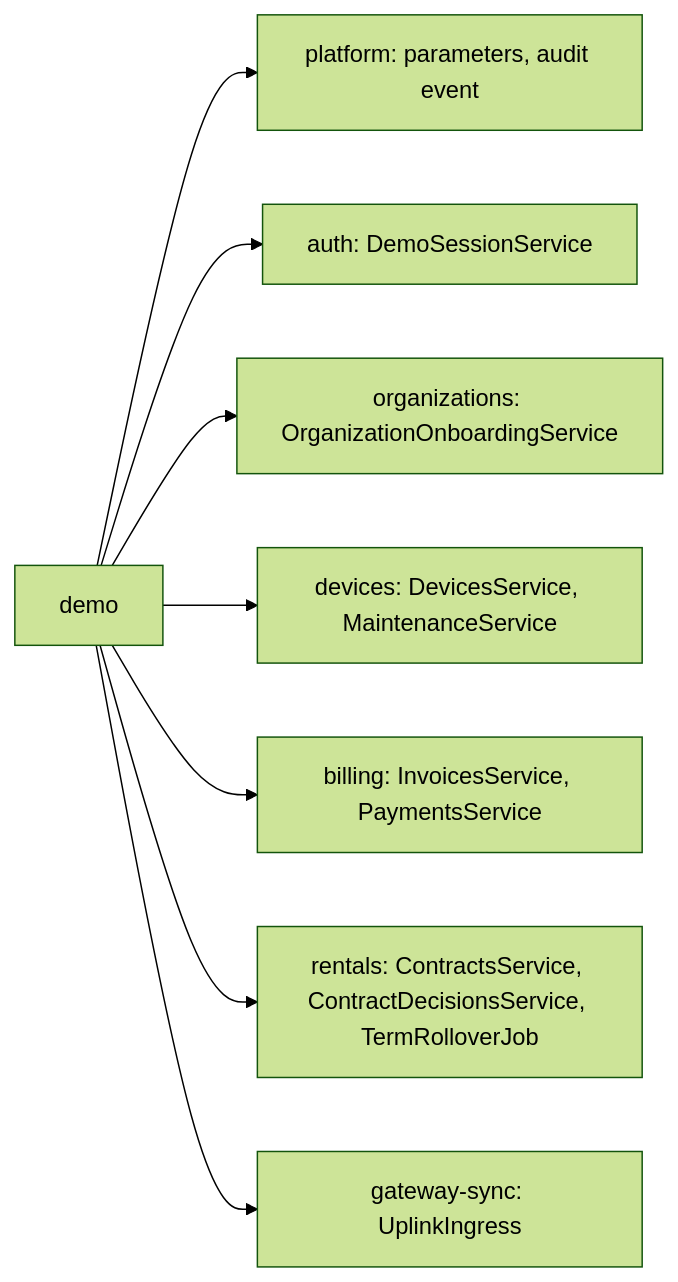
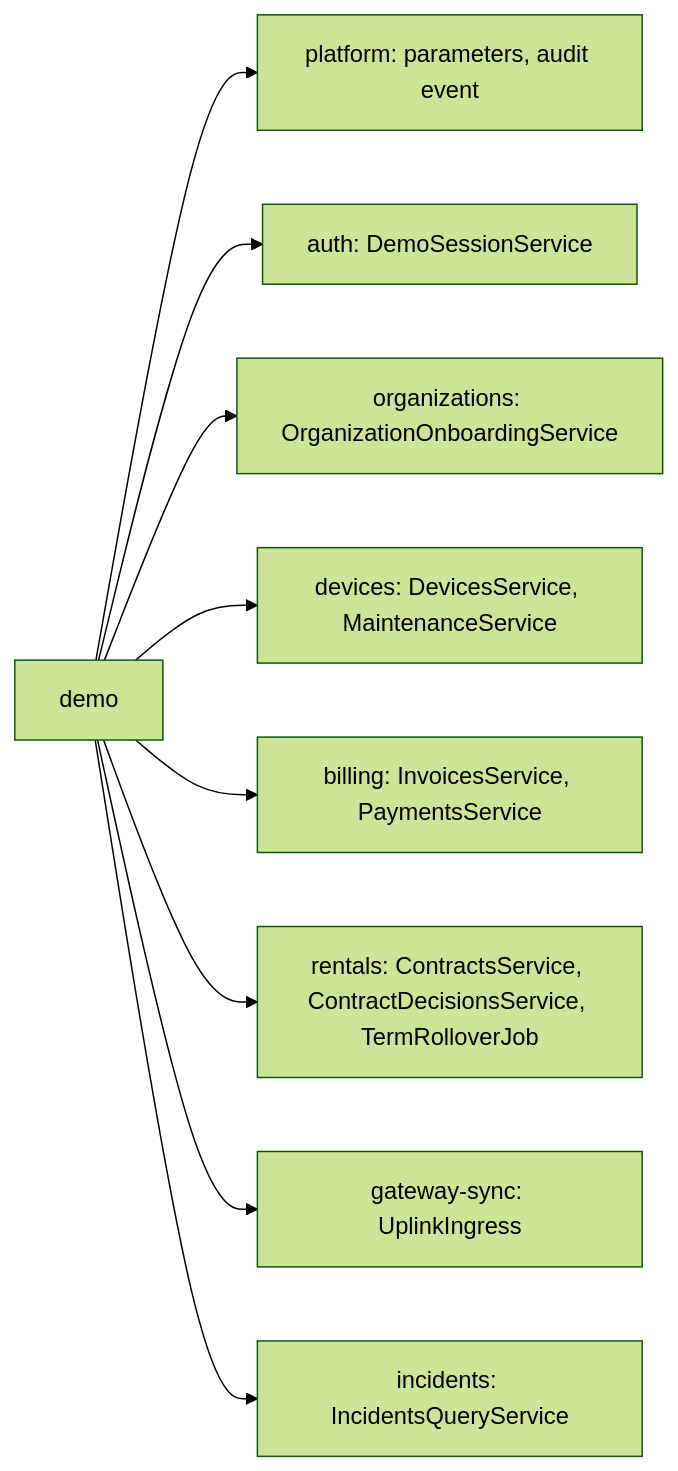
One commit to TrekLink-Team/treklink-web changed the diagram in specs/demo/design.md. Above: the diagram before and after it, drawn with Mermaid (forest theme). The commit also changed other lines of this file and 52 other files, not shown here.

````diff
--- a/specs/demo/design.md
+++ b/specs/demo/design.md
@@ -12,10 +12,11 @@
 ```mermaid
 flowchart LR
     DEMO["demo"] --> PLT["platform: parameters, audit event"]
     DEMO --> AUTH["auth: DemoSessionService"]
     DEMO --> ORG["organizations: OrganizationOnboardingService"]
     DEMO --> DEVS["devices: DevicesService, MaintenanceService"]
     DEMO --> BILL["billing: InvoicesService, PaymentsService"]
     DEMO --> RENT["rentals: ContractsService, ContractDecisionsService, TermRolloverJob"]
     DEMO --> GWS["gateway-sync: UplinkIngress"]
+    DEMO --> INC["incidents: IncidentsQueryService"]
 ```
````
